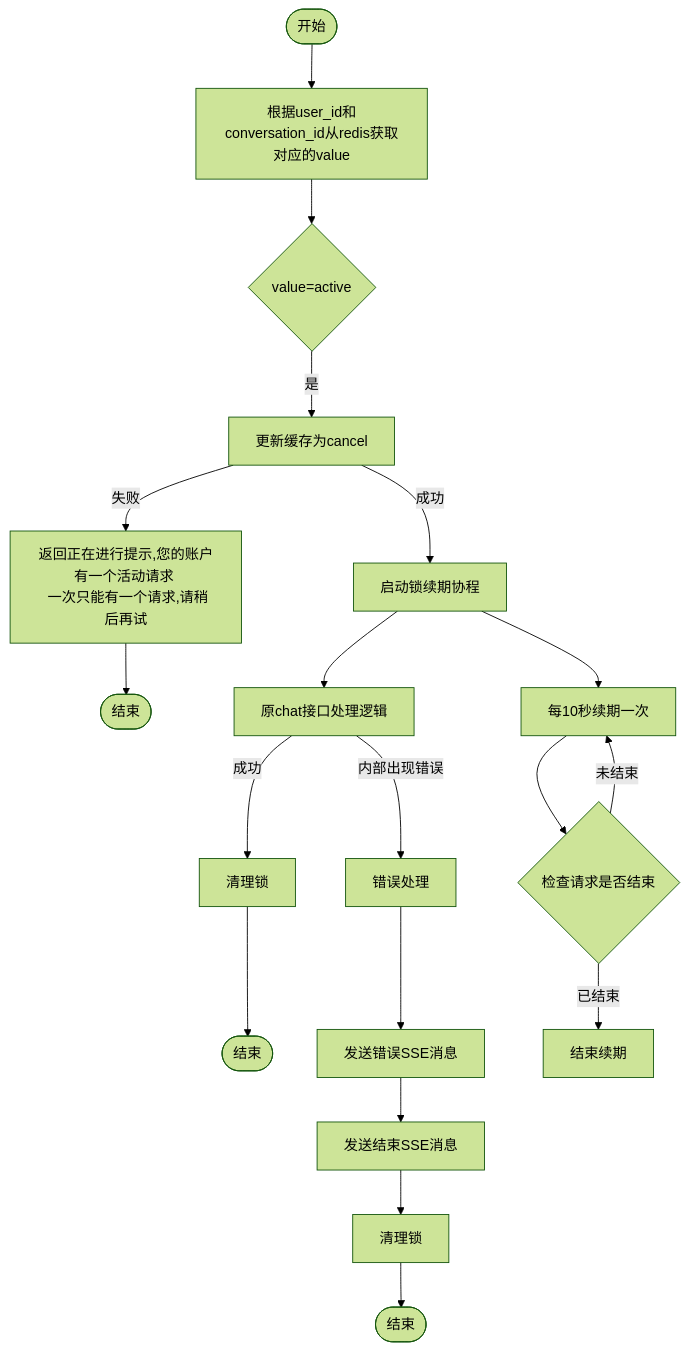
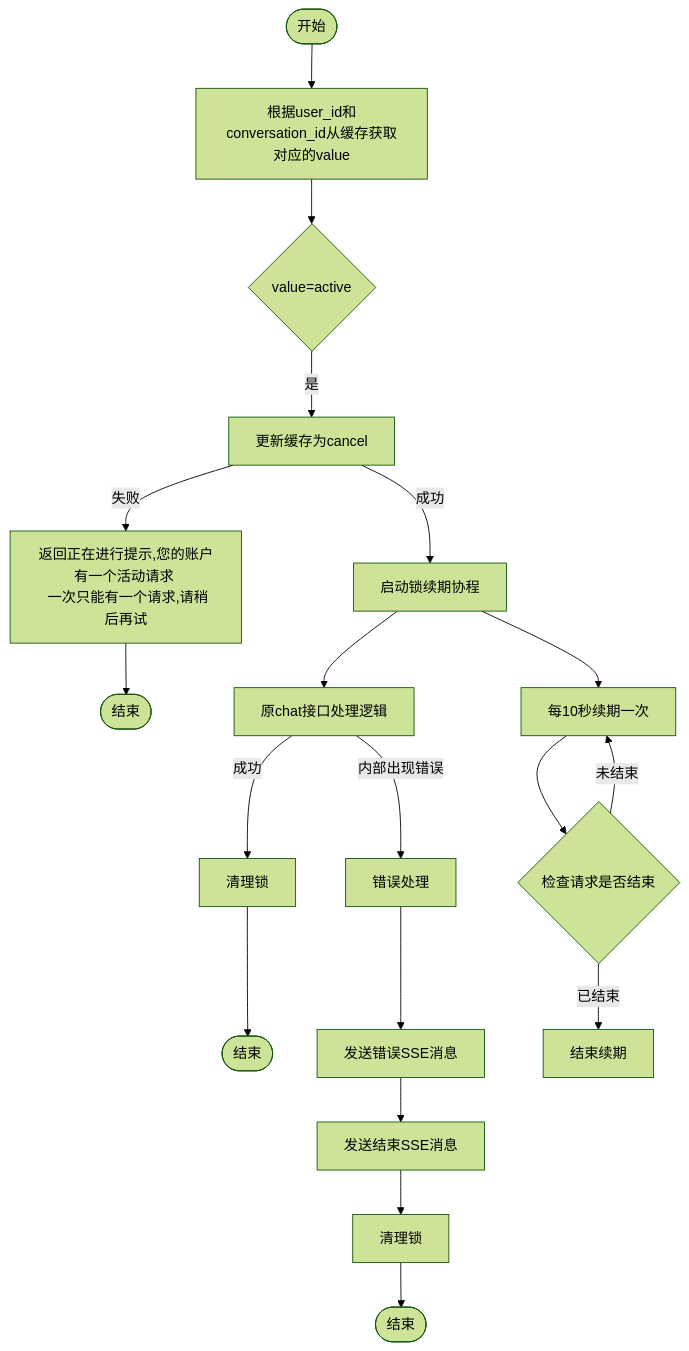
One commit to yingjianzh/iodraw-files changed the diagram in all/未命名-20.md. Above: the diagram before and after it, drawn with Mermaid (forest theme).

Commit message:
2025-02-05 16:22:41 update

````diff
--- a/all/未命名-20.md
+++ b/all/未命名-20.md
@@ -1,30 +1,30 @@
 ```mermaid
 flowchart TD
-    Start([开始]) --> A[根据user_id和conversation_id从redis获取对应的value]
+    Start([开始]) --> A[根据user_id和conversation_id从缓存获取对应的value]
     A --> B{value=active}
     B --> |是| C[更新缓存为cancel]
     
     C -->|失败| D[返回正在进行提示,您的账户有一个活动请求 \n 一次只能有一个请求,请稍后再试]
     D --> End1([结束])
     
     C -->|成功| E[启动锁续期协程]
     E --> F[原chat接口处理逻辑]
     
     F -->|内部出现错误| G[错误处理]
      %% 正常结束流程
     F -->|成功| N[清理锁]
     N --> End3([结束])
     
     %% 错误处理流程
     G --> K[发送错误SSE消息]
     K --> L[发送结束SSE消息]
     L --> M[清理锁]
     M --> End2([结束])
     
     %% 锁续期协程
     E --> O[每10秒续期一次]
     O --> P{检查请求是否结束}
     P -->|未结束| O
     P -->|已结束| Q[结束续期]
 
 ```
````
